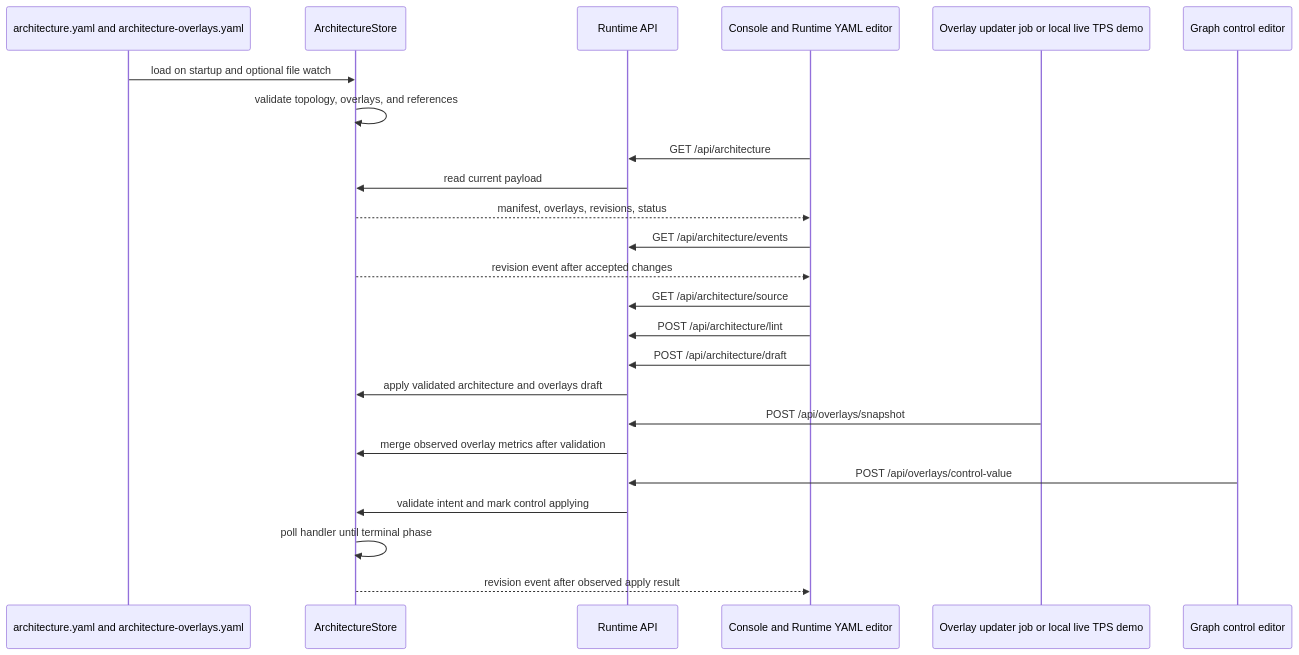
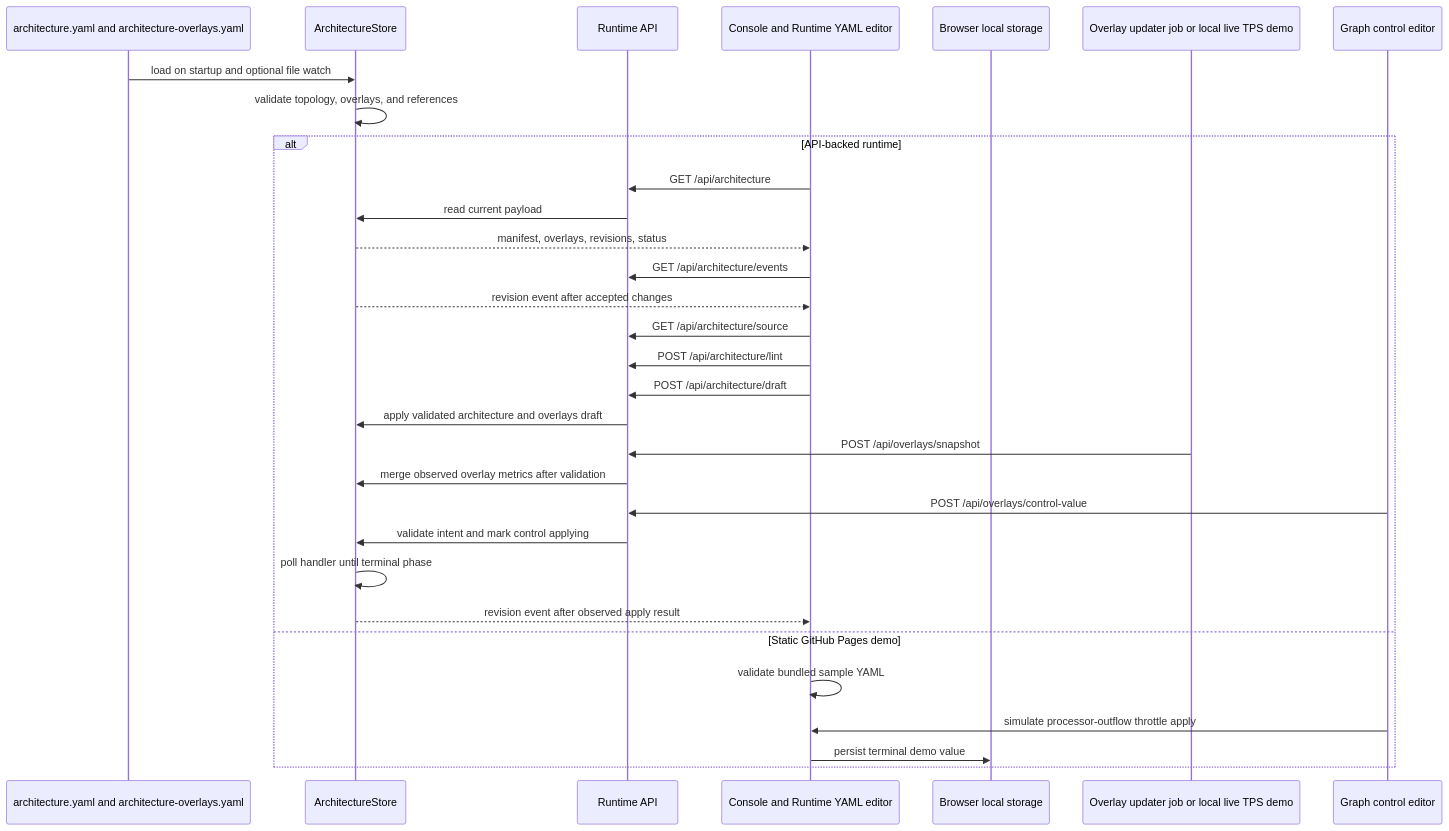
One commit to camerondurham/data-pipeline-traffic-visualizer changed the diagram in README.md. Above: the diagram before and after it, drawn with Mermaid. The commit also changed other lines of this file and 16 other files, not shown here.

Commit message:
Enable processor throttle demo editing

````diff
--- a/README.md
+++ b/README.md
@@ -35,27 +35,34 @@
 ```mermaid
 sequenceDiagram
   participant Files as architecture.yaml and architecture-overlays.yaml
   participant Store as ArchitectureStore
   participant API as Runtime API
   participant Browser as Console and Runtime YAML editor
+  participant Local as Browser local storage
   participant Updater as Overlay updater job or local live TPS demo
   participant Operator as Graph control editor
 
   Files->>Store: load on startup and optional file watch
   Store->>Store: validate topology, overlays, and references
-  Browser->>API: GET /api/architecture
-  API->>Store: read current payload
-  Store-->>Browser: manifest, overlays, revisions, status
-  Browser->>API: GET /api/architecture/events
-  Store-->>Browser: revision event after accepted changes
-  Browser->>API: GET /api/architecture/source
-  Browser->>API: POST /api/architecture/lint
-  Browser->>API: POST /api/architecture/draft
-  API->>Store: apply validated architecture and overlays draft
-  Updater->>API: POST /api/overlays/snapshot
-  API->>Store: merge observed overlay metrics after validation
-  Operator->>API: POST /api/overlays/control-value
-  API->>Store: validate intent and mark control applying
-  Store->>Store: poll handler until terminal phase
-  Store-->>Browser: revision event after observed apply result
+  alt API-backed runtime
+    Browser->>API: GET /api/architecture
+    API->>Store: read current payload
+    Store-->>Browser: manifest, overlays, revisions, status
+    Browser->>API: GET /api/architecture/events
+    Store-->>Browser: revision event after accepted changes
+    Browser->>API: GET /api/architecture/source
+    Browser->>API: POST /api/architecture/lint
+    Browser->>API: POST /api/architecture/draft
+    API->>Store: apply validated architecture and overlays draft
+    Updater->>API: POST /api/overlays/snapshot
+    API->>Store: merge observed overlay metrics after validation
+    Operator->>API: POST /api/overlays/control-value
+    API->>Store: validate intent and mark control applying
+    Store->>Store: poll handler until terminal phase
+    Store-->>Browser: revision event after observed apply result
+  else Static GitHub Pages demo
+    Browser->>Browser: validate bundled sample YAML
+    Operator->>Browser: simulate processor-outflow throttle apply
+    Browser->>Local: persist terminal demo value
+  end
 ```
````
